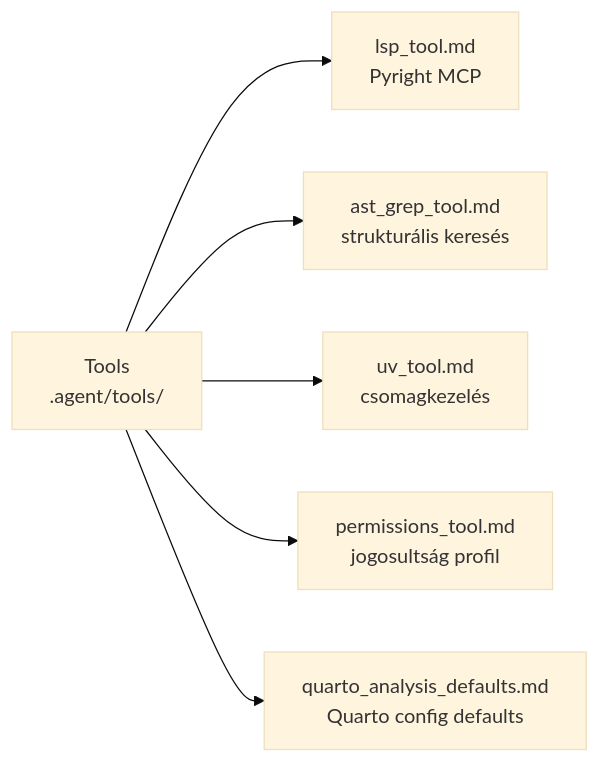
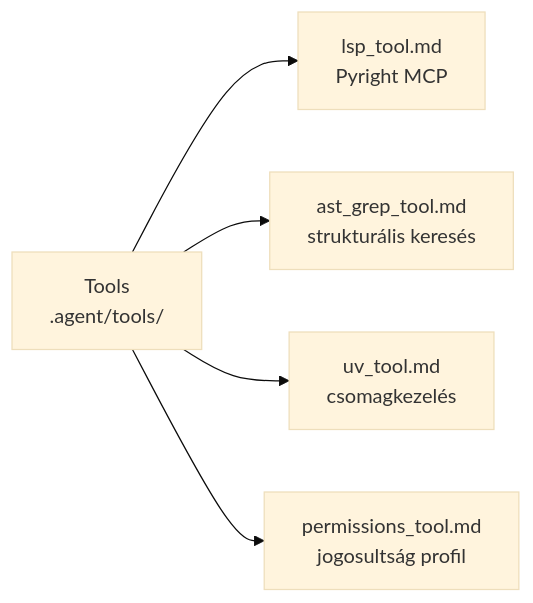
One commit to Nemesis14/chronoquant changed diagram 11 of 24 in _doc_/0001_agentic_system.md. Above: the diagram before and after it, drawn with Mermaid (base theme). The commit also changed other lines of this file and 1008 other files, not shown here.

````diff
--- a/_doc_/0001_agentic_system.md
+++ b/_doc_/0001_agentic_system.md
@@ -293,9 +293,8 @@
 ```mermaid
 flowchart LR
   T["Tools\n.agent/tools/"]
   T --> LSP[lsp_tool.md\nPyright MCP]
   T --> AST[ast_grep_tool.md\nstrukturális keresés]
   T --> UV[uv_tool.md\ncsomagkezelés]
   T --> PERM[permissions_tool.md\njogosultság profil]
-  T --> QUA[quarto_analysis_defaults.md\nQuarto config defaults]
 ```
````
